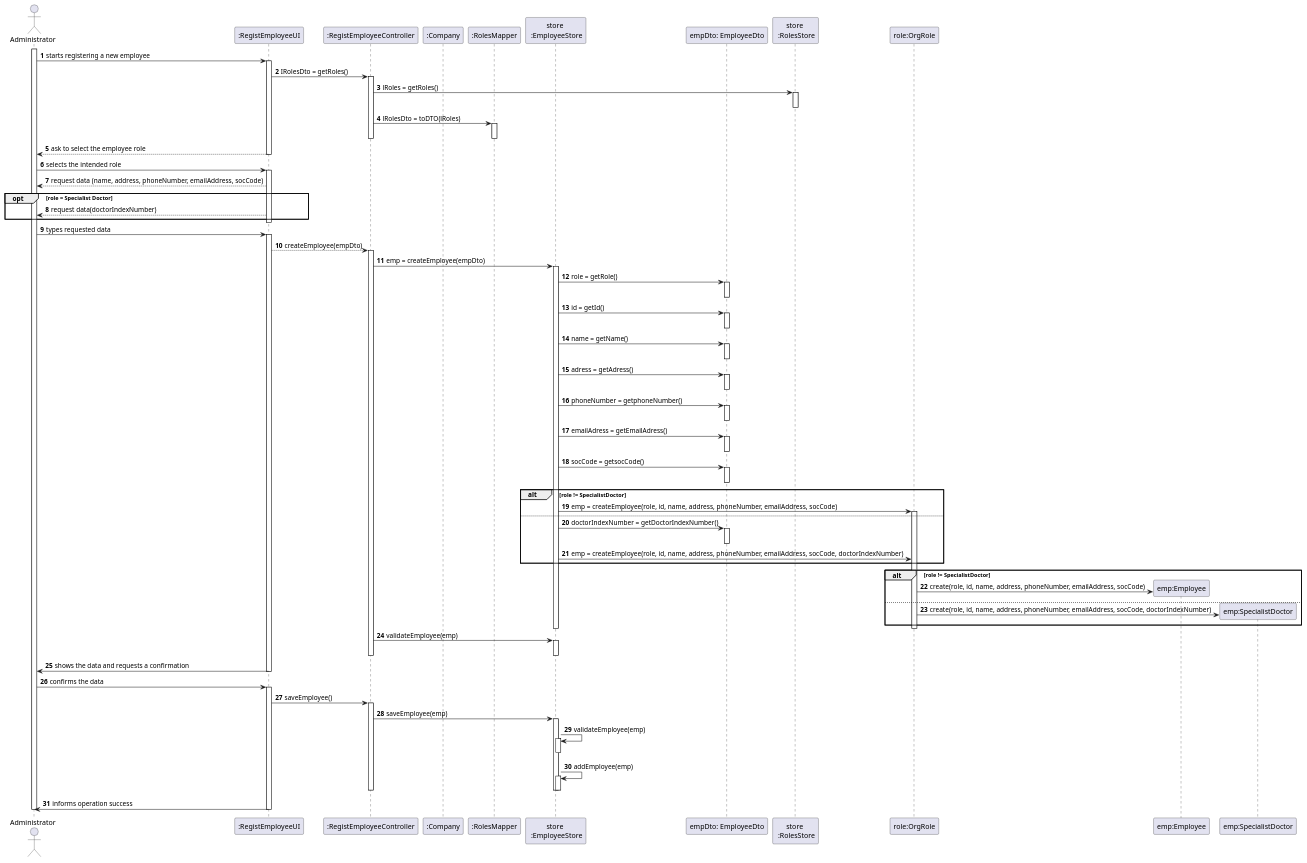
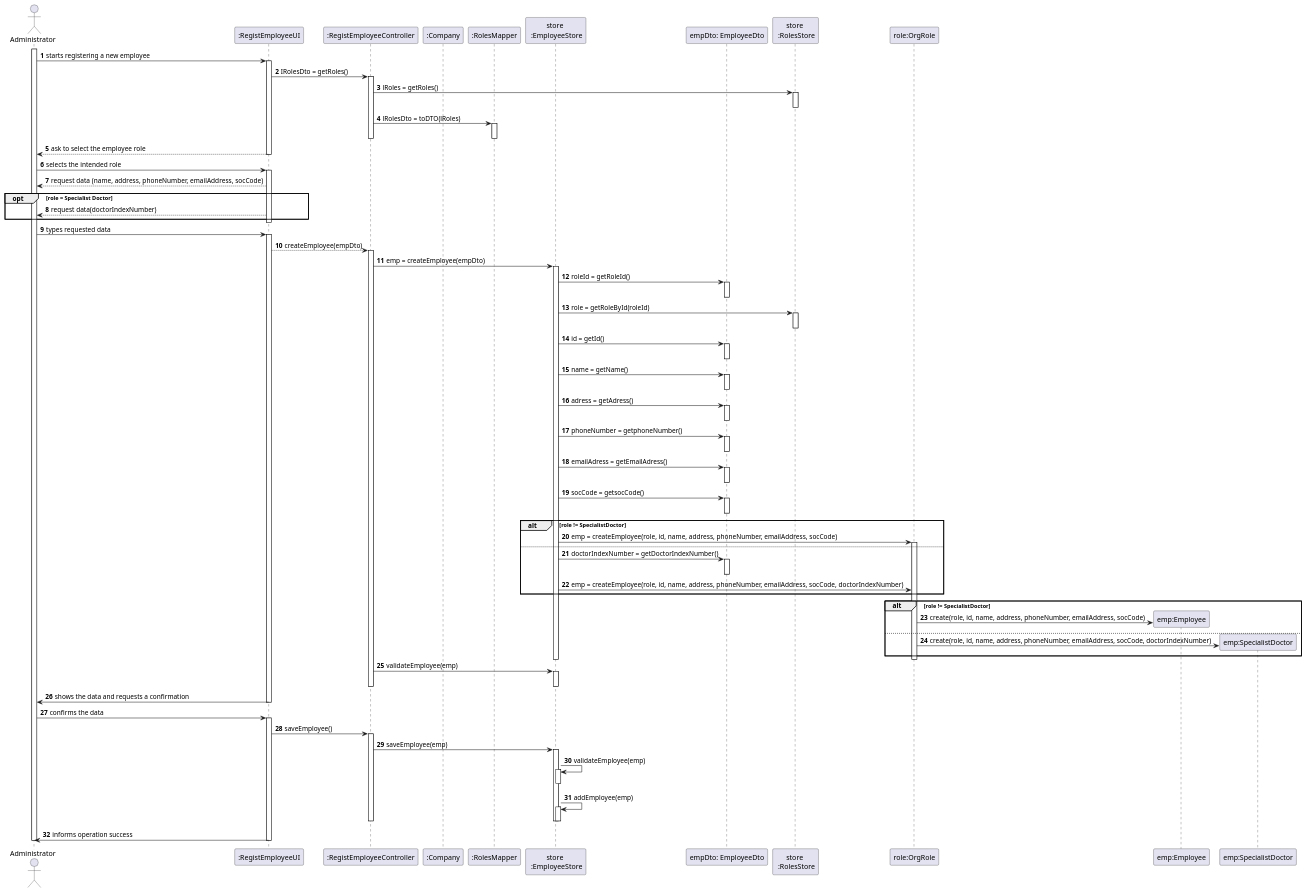
Before and after one commit to Pedromaia26/LAPR2-ISEP: the diagram in docs/SprintB/US7_CreateEmployee/US007_SD.puml, drawn with PlantUML.

Commit message:
Reversed last commit puml US7

```diff
--- a/docs/SprintB/US7_CreateEmployee/US007_SD.puml
+++ b/docs/SprintB/US7_CreateEmployee/US007_SD.puml
@@ -1,107 +1,110 @@
 @startuml
 actor Administrator as Adm
 participant ":RegistEmployeeUI" as Interface
 participant ":RegistEmployeeController" as Controller
 participant ":Company" as Company
 participant ":RolesMapper" as RolesMapper
 participant "store \n :EmployeeStore" as estore
 participant "empDto: EmployeeDto" as EmployeeDto
 participant "store \n :RolesStore" as rstore
 participant "role:OrgRole" as OrgRole
-
-
+ 
+ 
 autonumber
 activate Adm
 Adm -> Interface: starts registering a new employee
 activate Interface
 Interface -> Controller: IRolesDto = getRoles()
 activate Controller
 Controller -> rstore: lRoles = getRoles()
 activate rstore
 deactivate rstore
 Controller -> RolesMapper: lRolesDto = toDTO(lRoles)
 activate RolesMapper
 deactivate RolesMapper
 deactivate Controller
 Interface --> Adm: ask to select the employee role
 deactivate Interface
 Adm -> Interface: selects the intended role
 activate Interface
 Interface --> Adm: request data (name, address, phoneNumber, emailAddress, socCode)
 opt role = Specialist Doctor
     Interface --> Adm: request data(doctorIndexNumber)
 end
 deactivate Interface
-
-
+ 
+ 
 Adm -> Interface: types requested data
 activate Interface
 Interface --> Controller: createEmployee(empDto)
 activate Controller
 Controller -> estore: emp = createEmployee(empDto)
 activate estore
-estore -> EmployeeDto: role = getRole()
+estore -> EmployeeDto: roleId = getRoleId()
 activate EmployeeDto
 deactivate EmployeeDto
+estore -> rstore: role = getRoleById(roleId)
+activate rstore
+deactivate rstore
 estore -> EmployeeDto: id = getId()
 activate EmployeeDto
 deactivate EmployeeDto
 estore -> EmployeeDto: name = getName()
 activate EmployeeDto
 deactivate EmployeeDto
 estore -> EmployeeDto: adress = getAdress()
 activate EmployeeDto
 deactivate EmployeeDto
 estore -> EmployeeDto: phoneNumber = getphoneNumber()
 activate EmployeeDto
 deactivate EmployeeDto
 estore -> EmployeeDto: emailAdress = getEmailAdress()
 activate EmployeeDto
 deactivate EmployeeDto
 estore -> EmployeeDto: socCode = getsocCode()
 activate EmployeeDto
 deactivate EmployeeDto
 alt role != SpecialistDoctor
     estore -> OrgRole: emp = createEmployee(role, id, name, address, phoneNumber, emailAddress, socCode)
     activate OrgRole
 else
     estore -> EmployeeDto: doctorIndexNumber = getDoctorIndexNumber()
     activate EmployeeDto
     deactivate EmployeeDto
     estore -> OrgRole: emp = createEmployee(role, id, name, address, phoneNumber, emailAddress, socCode, doctorIndexNumber)
 end
 alt role != SpecialistDoctor
     create "emp:Employee" as Employee
     OrgRole -> Employee: create(role, id, name, address, phoneNumber, emailAddress, socCode)
 else
     create "emp:SpecialistDoctor" as Doctor
     OrgRole -> Doctor:create(role, id, name, address, phoneNumber, emailAddress, socCode, doctorIndexNumber)
 end
 deactivate OrgRole
 deactivate estore
 Controller -> estore: validateEmployee(emp)
 activate estore
 deactivate estore
 deactivate Controller
 
 Interface -> Adm: shows the data and requests a confirmation
 deactivate Interface
 Adm -> Interface: confirms the data
 
 activate Interface
 Interface -> Controller: saveEmployee()
 activate Controller
 Controller -> estore: saveEmployee(emp)
 activate estore
 estore -> estore: validateEmployee(emp)
 activate estore
 deactivate estore
 estore -> estore: addEmployee(emp)
 activate estore
 deactivate estore
 deactivate estore
 deactivate Controller
 Interface -> Adm: informs operation success
 deactivate Interface
 deactivate Adm
 @enduml
```
